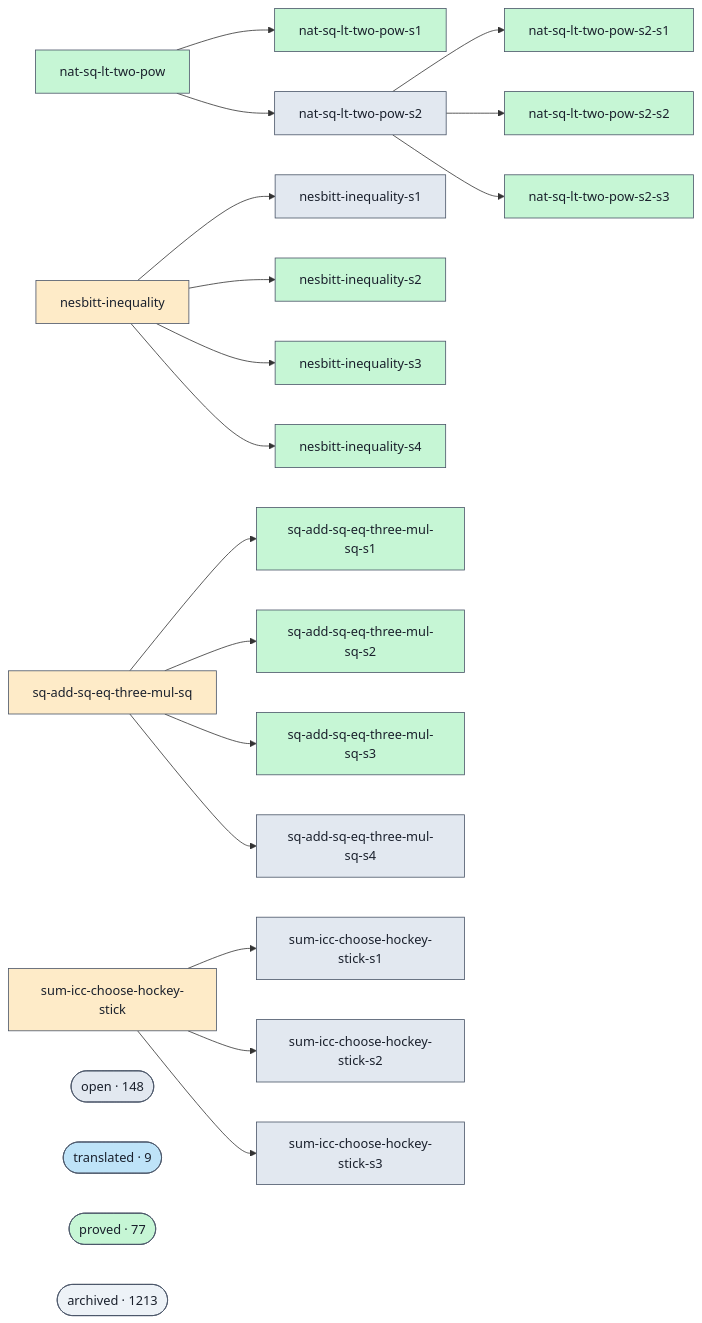
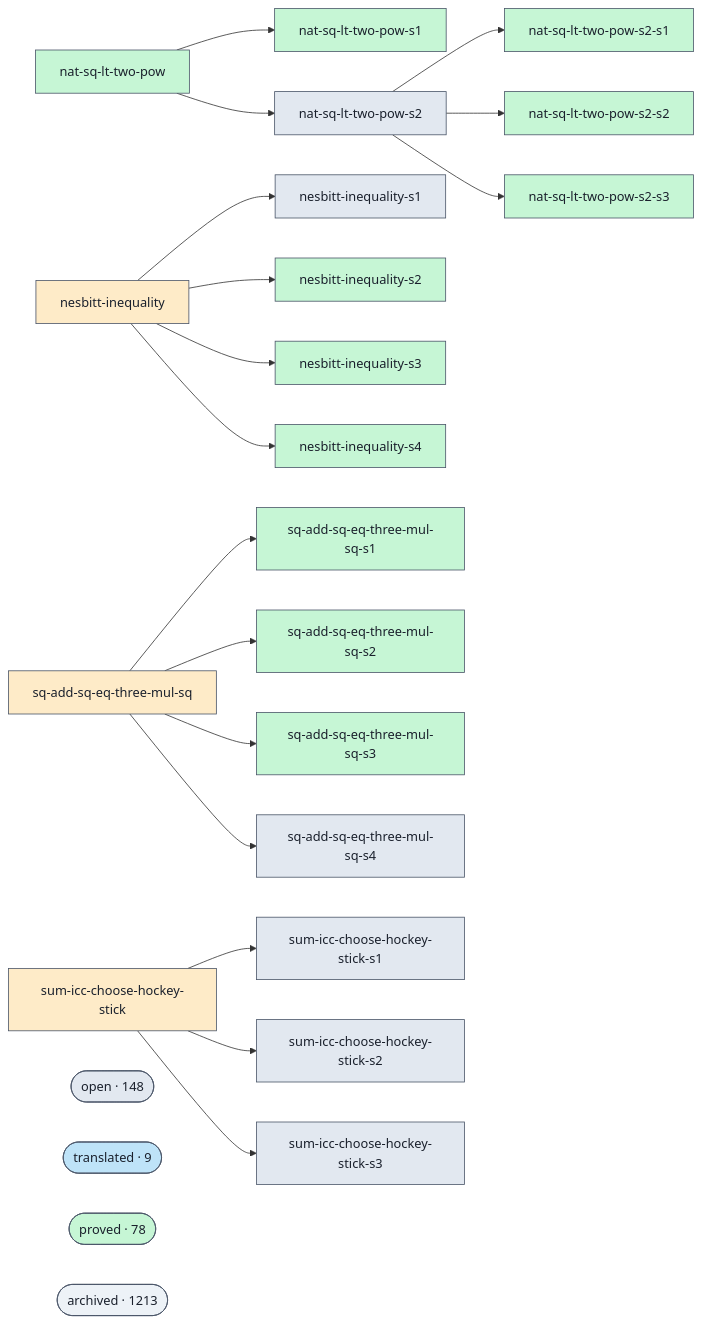
The diagram in docs/proofs-contributors-visualisation.md (Rauxon/unsorry), drawn with Mermaid before and after one commit. The commit also changed other lines of this file and 2 other files, not shown here.

```diff
--- a/docs/proofs-contributors-visualisation.md
+++ b/docs/proofs-contributors-visualisation.md
@@ -102,7 +102,7 @@
   class cluster_open open;
   cluster_translated(["translated · 9"])
   class cluster_translated translated;
-  cluster_proved(["proved · 77"])
+  cluster_proved(["proved · 78"])
   class cluster_proved proved;
   cluster_archived(["archived · 1213"])
   class cluster_archived unknown;
```
